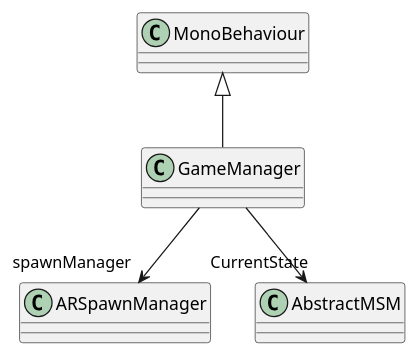
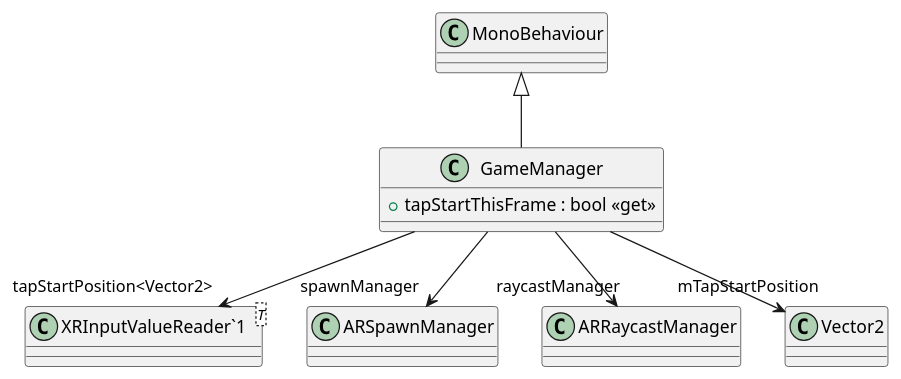
Before and after one commit to Ubus99/AR_Project: the diagram in Documentation/puml/Assets/Scripts/GameManager.puml, drawn with PlantUML. The commit also changed 12 other files, not shown here.

```diff
--- a/Documentation/puml/Assets/Scripts/GameManager.puml
+++ b/Documentation/puml/Assets/Scripts/GameManager.puml
@@ -1,7 +1,12 @@
 @startuml
 class GameManager {
+    + tapStartThisFrame : bool <<get>>
+}
+class "XRInputValueReader`1"<T> {
 }
 MonoBehaviour <|-- GameManager
 GameManager --> "spawnManager" ARSpawnManager
-GameManager --> "CurrentState" AbstractMSM
+GameManager --> "raycastManager" ARRaycastManager
+GameManager --> "mTapStartPosition" Vector2
+GameManager --> "tapStartPosition<Vector2>" "XRInputValueReader`1"
 @enduml
```
